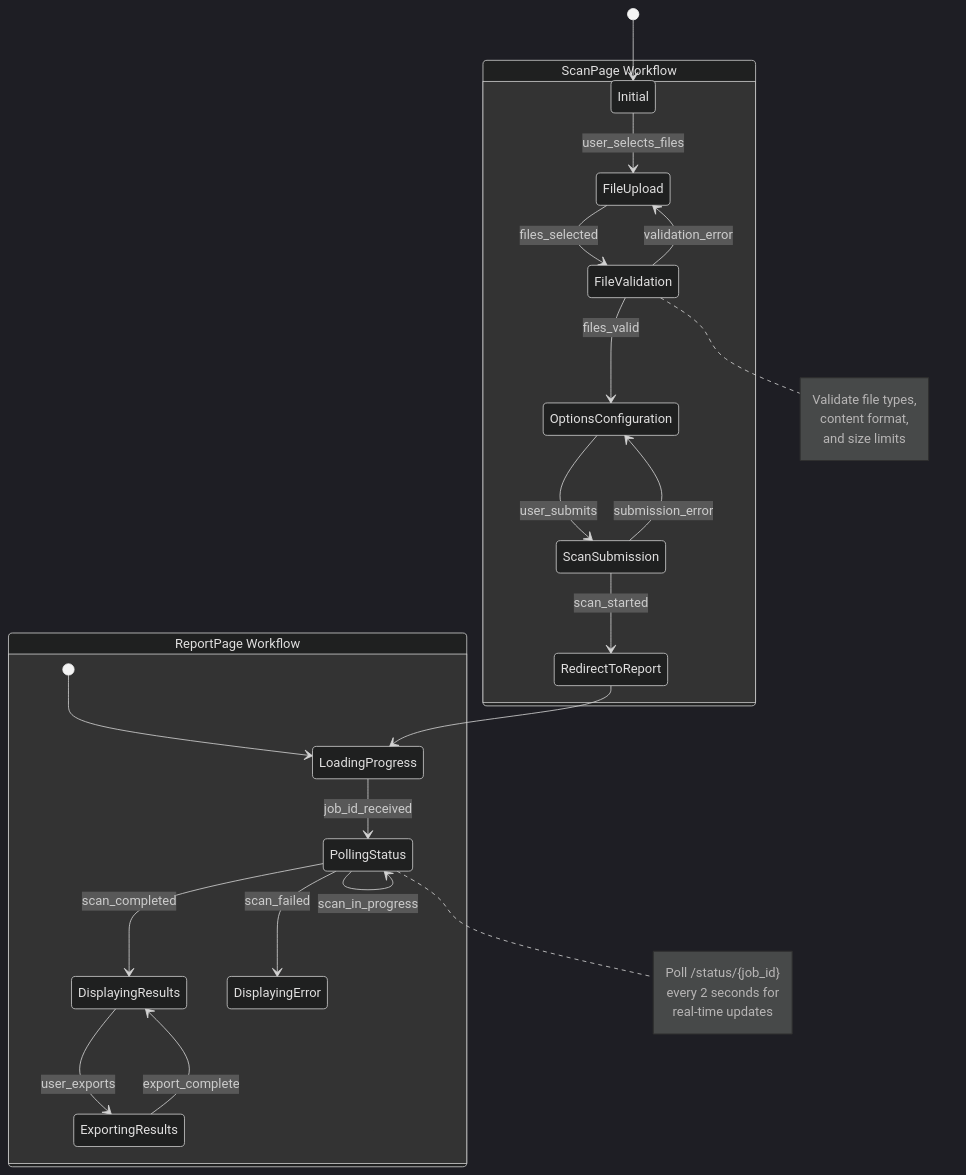
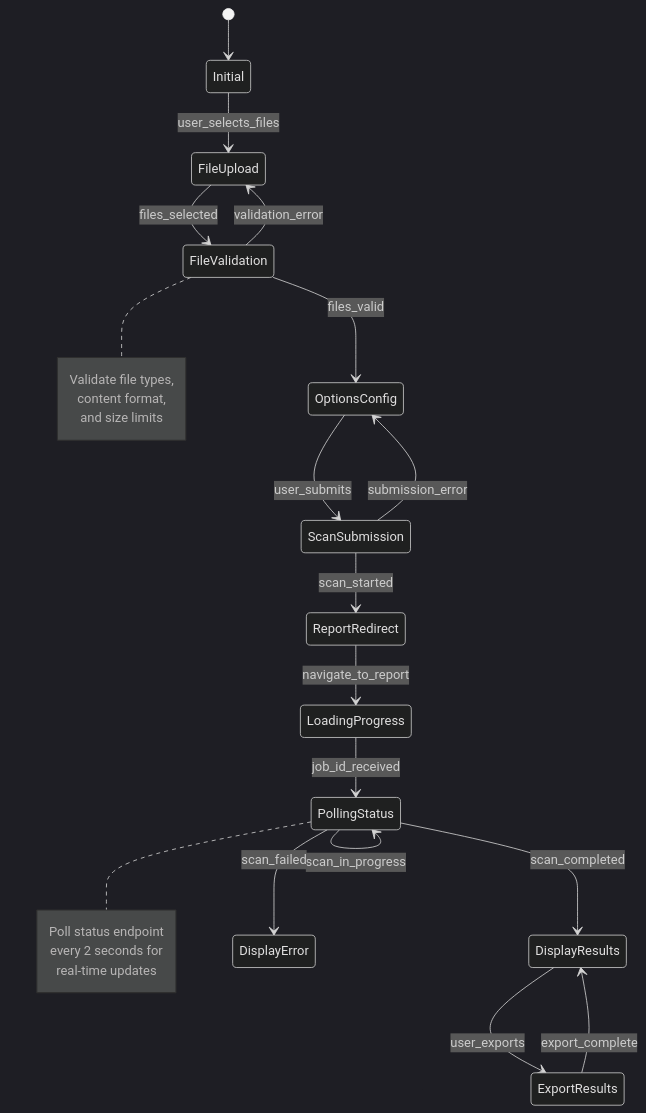
One commit to therickybobbeh/dep-scanner changed the seventh of 10 diagrams in documentation/architecture/frontend-architecture.md. Above: the diagram before and after it, drawn with Mermaid (dark theme). The commit also changed other lines of this file and 14 other files, not shown here.

````diff
--- a/documentation/architecture/frontend-architecture.md
+++ b/documentation/architecture/frontend-architecture.md
@@ -381,38 +381,30 @@
 ```mermaid
 stateDiagram-v2
     [*] --> Initial
-    
-    state "ScanPage Workflow" as ScanWorkflow {
-        Initial --> FileUpload : user_selects_files
-        FileUpload --> FileValidation : files_selected
-        FileValidation --> OptionsConfiguration : files_valid
-        FileValidation --> FileUpload : validation_error
-        OptionsConfiguration --> ScanSubmission : user_submits
-        ScanSubmission --> RedirectToReport : scan_started
-        ScanSubmission --> OptionsConfiguration : submission_error
-    }
-    
-    state "ReportPage Workflow" as ReportWorkflow {
-        [*] --> LoadingProgress
-        LoadingProgress --> PollingStatus : job_id_received
-        PollingStatus --> PollingStatus : scan_in_progress
-        PollingStatus --> DisplayingResults : scan_completed
-        PollingStatus --> DisplayingError : scan_failed
-        DisplayingResults --> ExportingResults : user_exports
-        ExportingResults --> DisplayingResults : export_complete
-    }
-    
-    RedirectToReport --> LoadingProgress
+    Initial --> FileUpload : user_selects_files
+    FileUpload --> FileValidation : files_selected
+    FileValidation --> OptionsConfig : files_valid
+    FileValidation --> FileUpload : validation_error
+    OptionsConfig --> ScanSubmission : user_submits
+    ScanSubmission --> ReportRedirect : scan_started
+    ScanSubmission --> OptionsConfig : submission_error
+    ReportRedirect --> LoadingProgress : navigate_to_report
+    LoadingProgress --> PollingStatus : job_id_received
+    PollingStatus --> PollingStatus : scan_in_progress
+    PollingStatus --> DisplayResults : scan_completed
+    PollingStatus --> DisplayError : scan_failed
+    DisplayResults --> ExportResults : user_exports
+    ExportResults --> DisplayResults : export_complete
     
     note right of FileValidation
         Validate file types,
         content format,
         and size limits
     end note
     
     note right of PollingStatus
-        Poll /status/{job_id}
+        Poll status endpoint
         every 2 seconds for
         real-time updates
     end note
 ```
````
